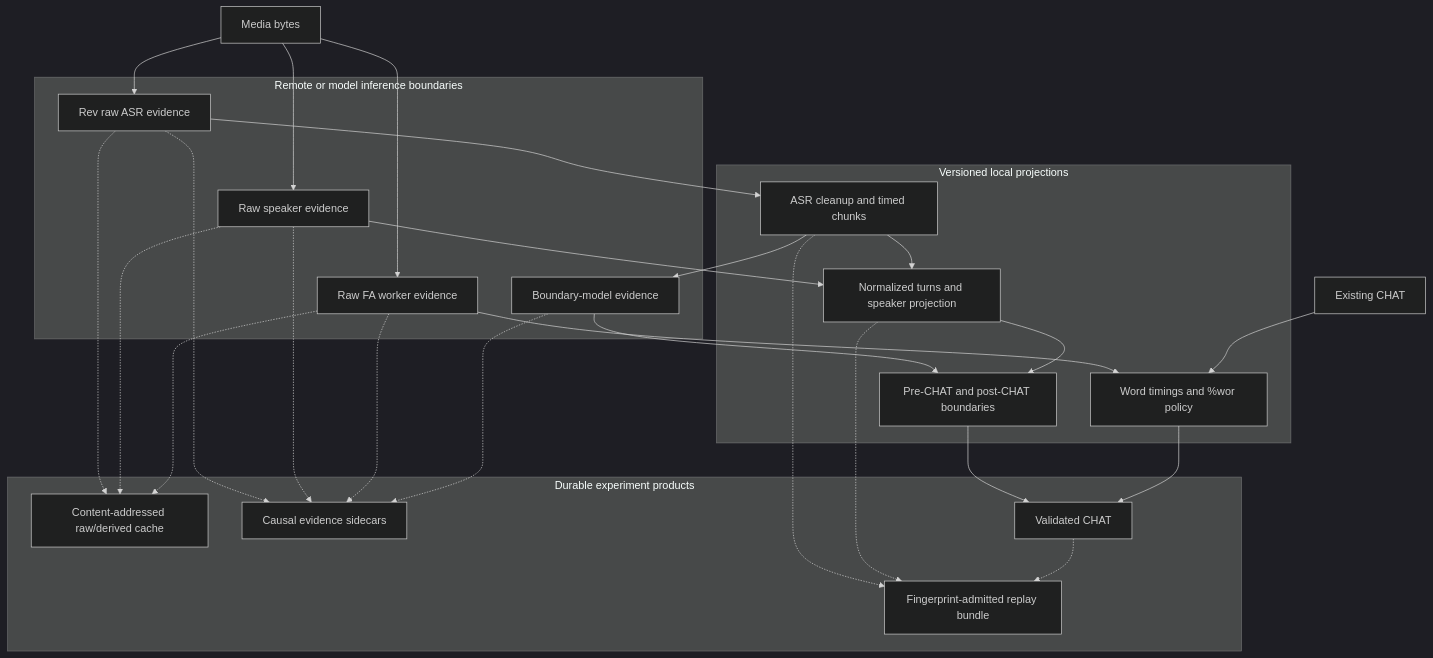
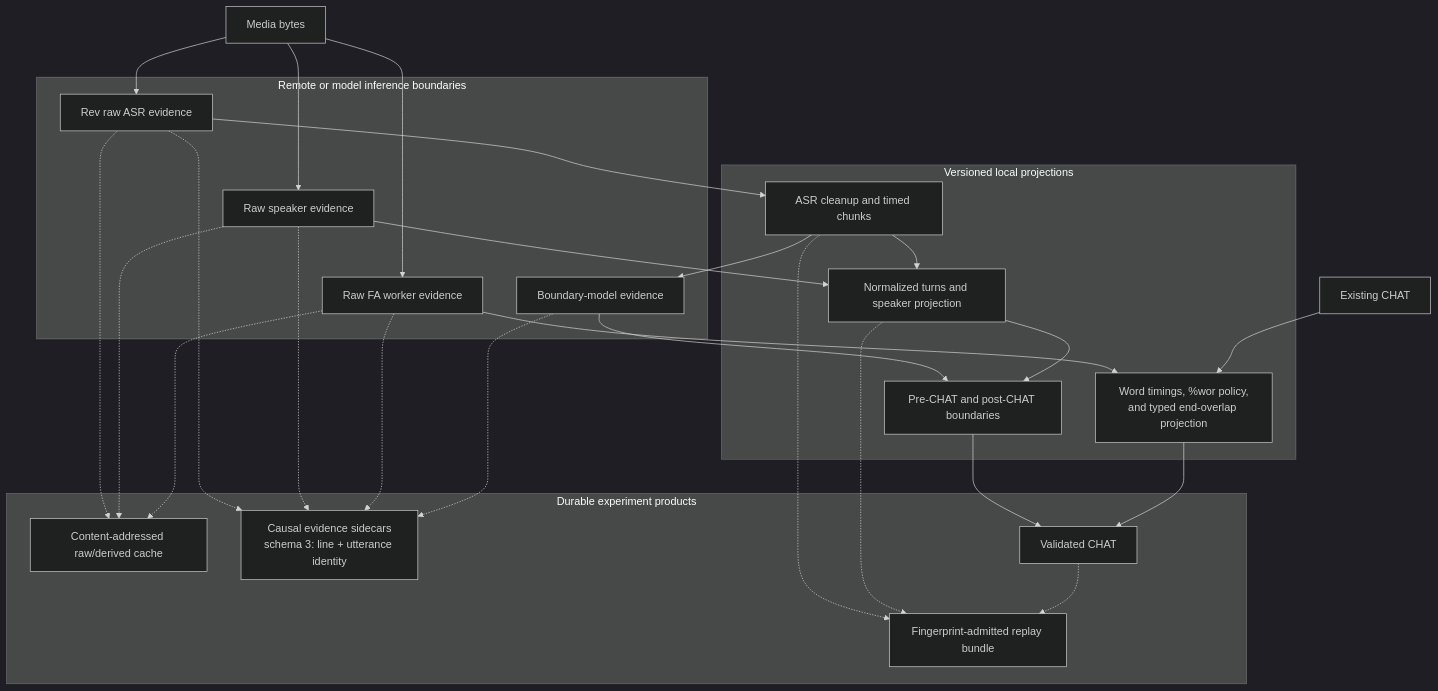
The first of 5 diagrams in book/src/batchalign/architecture/evidence-replay-experiments.md (TalkBank/talkbank-tools), drawn with Mermaid (dark theme) before and after one commit. The commit also changed other lines of this file and 84 other files, not shown here.

Commit message:
feat(batchalign): add replayable evidence and typed alignment policies

````diff
--- a/book/src/batchalign/architecture/evidence-replay-experiments.md
+++ b/book/src/batchalign/architecture/evidence-replay-experiments.md
@@ -19,45 +50,45 @@
 ```mermaid
 flowchart TB
     MEDIA["Media bytes"]
     CHATIN["Existing CHAT"]
 
     subgraph PAID["Remote or model inference boundaries"]
         REV["Rev raw ASR evidence"]
         SPK["Raw speaker evidence"]
         FAW["Raw FA worker evidence"]
         UTW["Boundary-model evidence"]
     end
 
     subgraph LOCAL["Versioned local projections"]
         ASRP["ASR cleanup and timed chunks"]
         SPKP["Normalized turns and speaker projection"]
-        FAP["Word timings and %wor policy"]
+        FAP["Word timings, %wor policy,<br/>and typed end-overlap projection"]
         UTP["Pre-CHAT and post-CHAT boundaries"]
     end
 
     subgraph OUTPUTS["Durable experiment products"]
         CACHE["Content-addressed raw/derived cache"]
-        SIDE["Causal evidence sidecars"]
+        SIDE["Causal evidence sidecars<br/>schema 3: line + utterance identity"]
         REPLAY["Fingerprint-admitted replay bundle"]
         OUT["Validated CHAT"]
     end
 
     MEDIA --> REV --> ASRP
     MEDIA --> SPK --> SPKP
     MEDIA --> FAW --> FAP
     CHATIN --> FAP
     ASRP --> UTW --> UTP
     ASRP --> SPKP --> UTP --> OUT
     FAP --> OUT
 
     REV -.-> CACHE
     SPK -.-> CACHE
     FAW -.-> CACHE
     REV -.-> SIDE
     SPK -.-> SIDE
     FAW -.-> SIDE
     UTW -.-> SIDE
     ASRP -.-> REPLAY
     SPKP -.-> REPLAY
     OUT -.-> REPLAY
 ```
````
